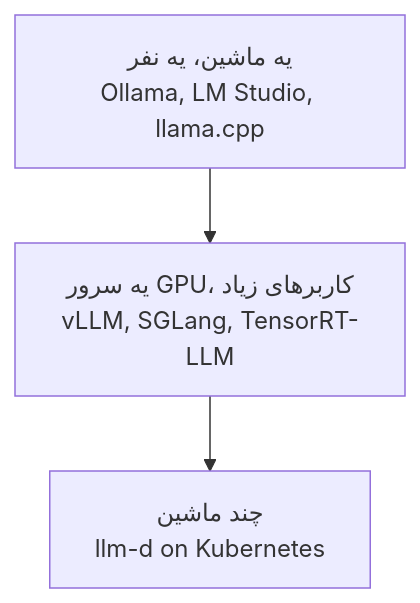
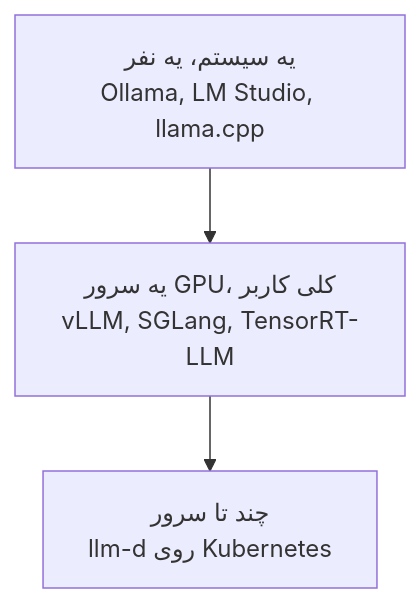
Before and after one commit to lokumai/ai-engineering-bazaar: the first of 2 diagrams in mini-courses/4_ecosystem/inference_engines_fa.md, drawn with Mermaid. The commit also changed other lines of this file and 82 other files, not shown here.

````diff
--- a/mini-courses/4_ecosystem/inference_engines_fa.md
+++ b/mini-courses/4_ecosystem/inference_engines_fa.md
@@ -33,5 +33,5 @@
 ```mermaid
 graph TD
-    A["یه ماشین، یه نفر<br/>Ollama, LM Studio, llama.cpp"] --> B["یه سرور GPU، کاربرهای زیاد<br/>vLLM, SGLang, TensorRT-LLM"]
-    B --> C["چند ماشین<br/>llm-d on Kubernetes"]
+    A["یه سیستم، یه نفر<br/>Ollama, LM Studio, llama.cpp"] --> B["یه سرور GPU، کلی کاربر<br/>vLLM, SGLang, TensorRT-LLM"]
+    B --> C["چند تا سرور<br/>llm-d روی Kubernetes"]
 ```
````
